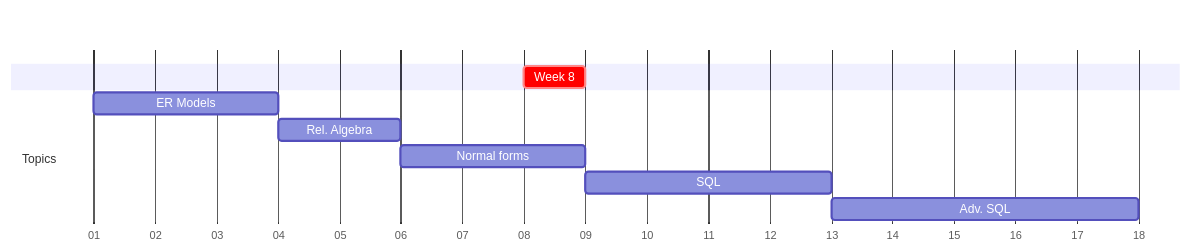
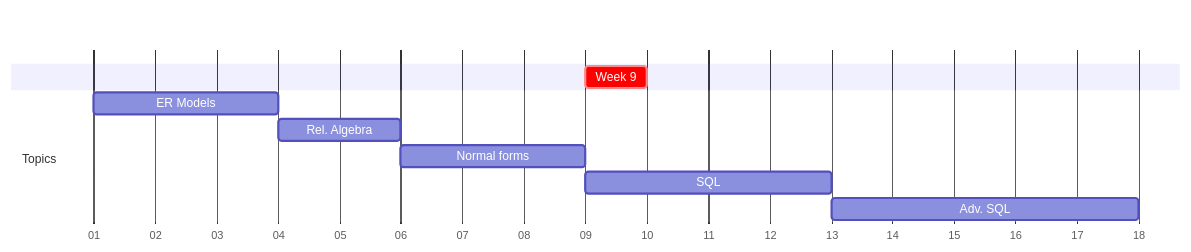
Before and after one commit to lowkeylabs/cmsc408-course-admin: the diagram in fa2024/lectures/week-mermaid.mmd, drawn with Mermaid. The commit also changed 56 other files, not shown here.

```diff
--- a/fa2024/lectures/week-mermaid.mmd
+++ b/fa2024/lectures/week-mermaid.mmd
@@ -1,14 +1,14 @@
 
 gantt
     dateFormat  M/DD/YYYY
     axisFormat  %W
 
     section    
-    Week 8 : crit, weekblock, 2/25/2024, 1w
+    Week 9 : crit, weekblock, 3/3/2024, 1w
 
     section Topics
     ER Models : m1, 1/7/2024, 3w
     Rel. Algebra: m4, after m1, 2w
     Normal forms: m5, after m4, 3w
     SQL : m6, after m5, 4w
     Adv. SQL: m7, after m6, 5w
```
